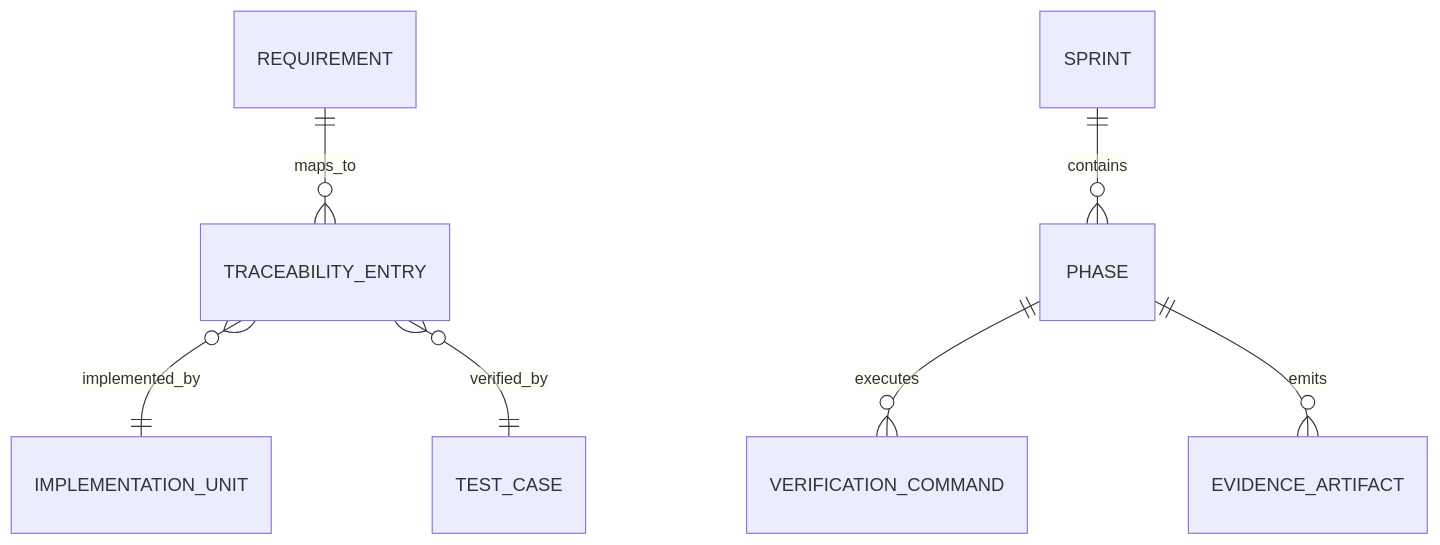
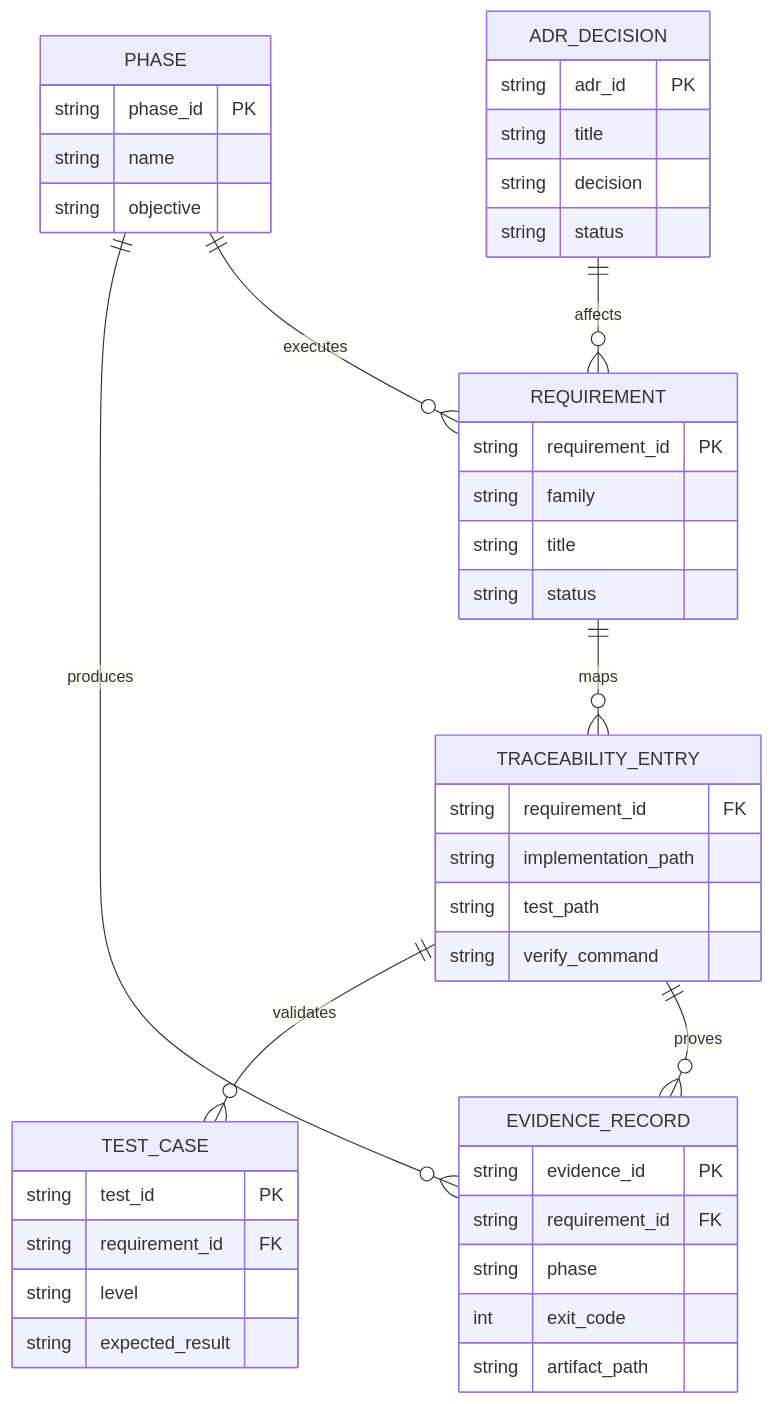
The second of 5 diagrams in docs/sprints/SPRINT-003-comprehensive-implementation-plan.md (jaytaylor/attractor-tcl), drawn with Mermaid before and after one commit. The commit also changed other lines of this file, not shown here.

Commit message:
docs(sprint-003): mark implementation plan complete with verified evidence

````diff
--- a/docs/sprints/SPRINT-003-comprehensive-implementation-plan.md
+++ b/docs/sprints/SPRINT-003-comprehensive-implementation-plan.md
@@ -1179,9 +1064,46 @@
 ```mermaid
 erDiagram
-  REQUIREMENT ||--o{ TRACEABILITY_ENTRY : maps_to
-  TRACEABILITY_ENTRY }o--|| IMPLEMENTATION_UNIT : implemented_by
-  TRACEABILITY_ENTRY }o--|| TEST_CASE : verified_by
-  PHASE ||--o{ VERIFICATION_COMMAND : executes
-  PHASE ||--o{ EVIDENCE_ARTIFACT : emits
-  SPRINT ||--o{ PHASE : contains
+    REQUIREMENT ||--o{ TRACEABILITY_ENTRY : maps
+    TRACEABILITY_ENTRY ||--o{ TEST_CASE : validates
+    TRACEABILITY_ENTRY ||--o{ EVIDENCE_RECORD : proves
+    PHASE ||--o{ EVIDENCE_RECORD : produces
+    PHASE ||--o{ REQUIREMENT : executes
+    ADR_DECISION ||--o{ REQUIREMENT : affects
+
+    REQUIREMENT {
+      string requirement_id PK
+      string family
+      string title
+      string status
+    }
+    TRACEABILITY_ENTRY {
+      string requirement_id FK
+      string implementation_path
+      string test_path
+      string verify_command
+    }
+    TEST_CASE {
+      string test_id PK
+      string requirement_id FK
+      string level
+      string expected_result
+    }
+    EVIDENCE_RECORD {
+      string evidence_id PK
+      string requirement_id FK
+      string phase
+      int exit_code
+      string artifact_path
+    }
+    PHASE {
+      string phase_id PK
+      string name
+      string objective
+    }
+    ADR_DECISION {
+      string adr_id PK
+      string title
+      string decision
+      string status
+    }
 ```
````
